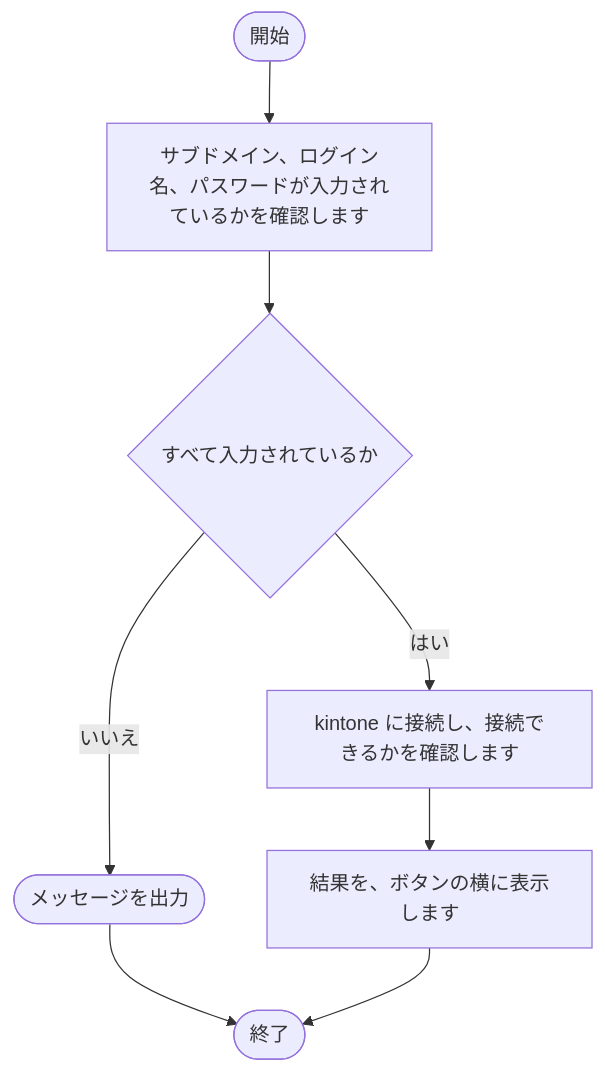
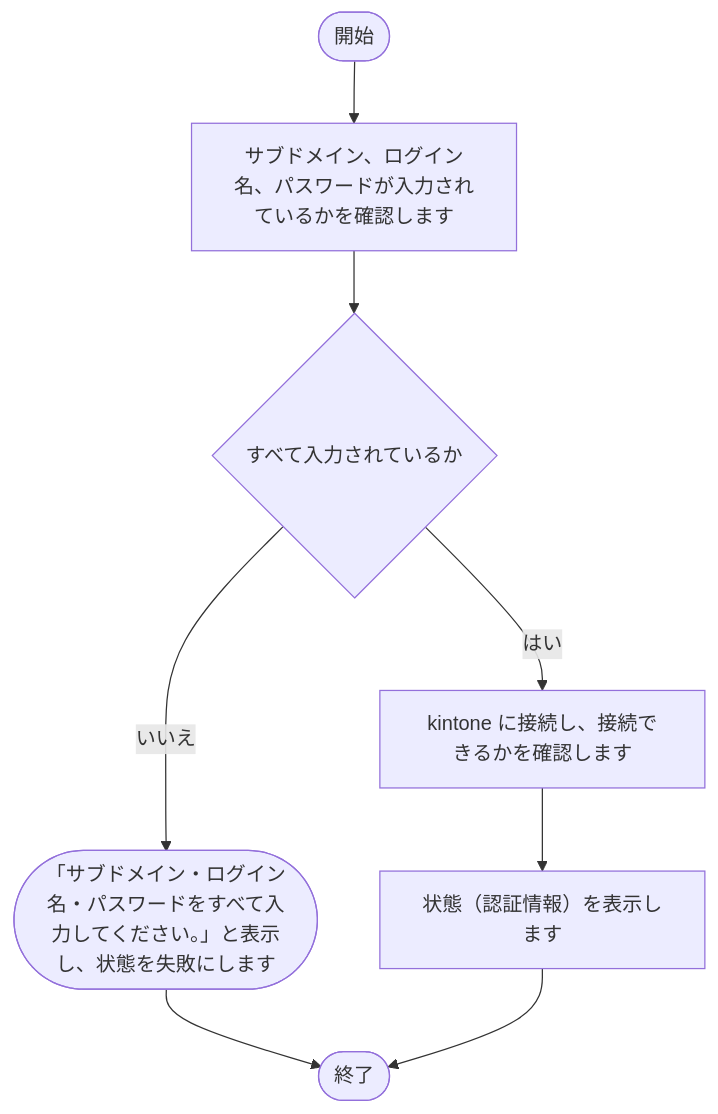
Diagram 11 of 13 in tool/package-generator/doc/02_設計/処理フロー.md (nishida2073/project_management), drawn with Mermaid before and after one commit. The commit also changed other lines of this file and 81 other files, not shown here.

````diff
--- a/tool/package-generator/doc/02_設計/処理フロー.md
+++ b/tool/package-generator/doc/02_設計/処理フロー.md
@@ -294,17 +318,17 @@
 ```mermaid
 flowchart TD
     S(["開始"])
     E(["終了"])
     N1["サブドメイン、ログイン名、パスワードが入力されているかを確認します"]
     S --> N1
     N2{"すべて入力されているか"}
     N1 --> N2
-    X1(["メッセージを出力"])
+    X1(["「サブドメイン・ログイン名・パスワードをすべて入力してください。」と表示し、状態を失敗にします"])
     N2 -- いいえ --> X1
     X1 --> E
     N3["kintone に接続し、接続できるかを確認します"]
     N2 -- はい --> N3
-    N4["結果を、ボタンの横に表示します"]
+    N4["状態（認証情報）を表示します"]
     N3 --> N4
     N4 --> E
 ```
````
